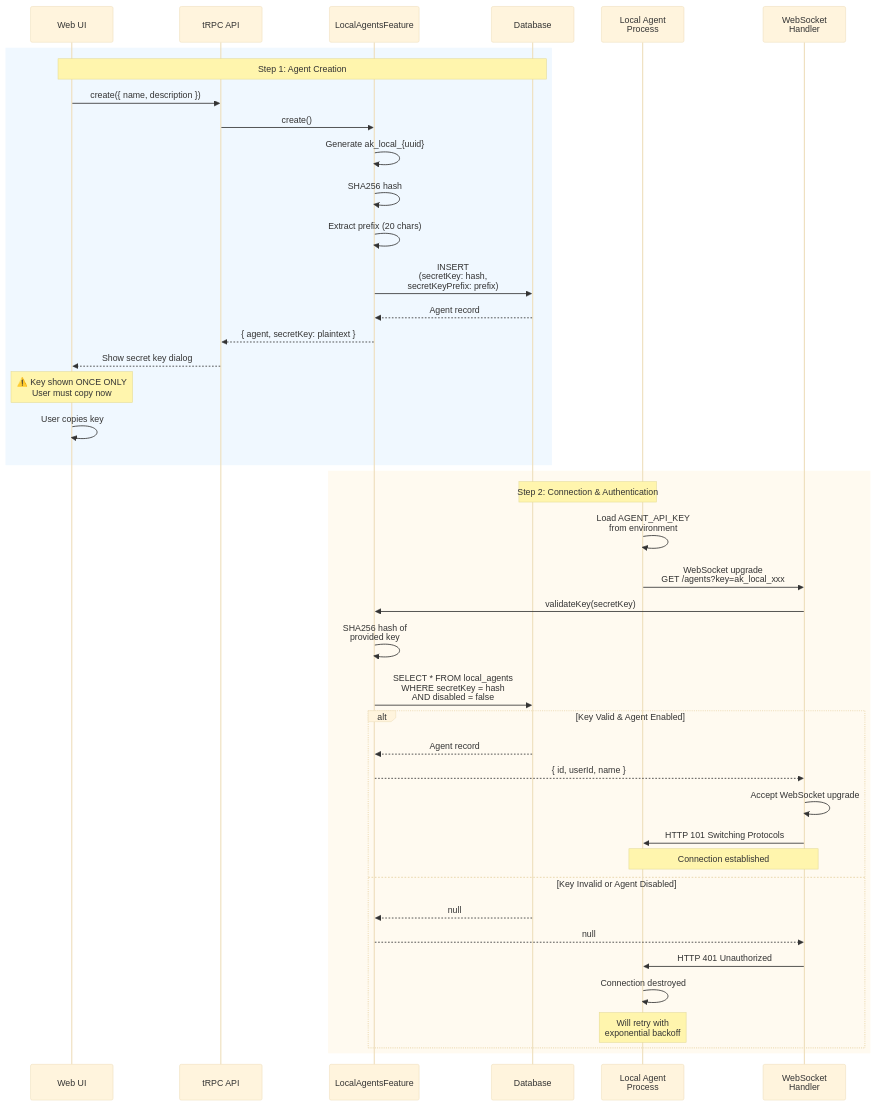
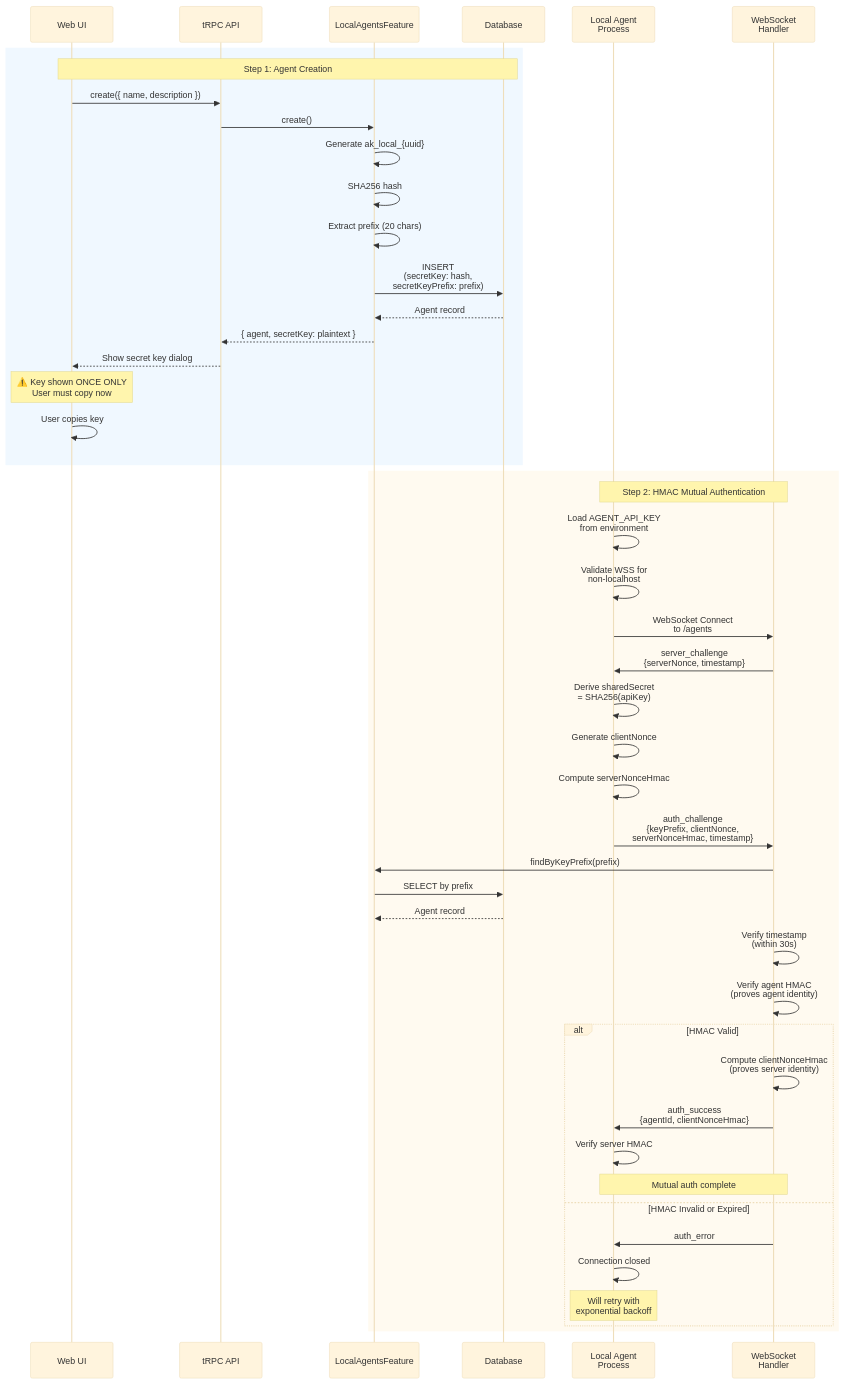
Before and after one commit to flooper68/agent-kit: the fourth of 7 diagrams in docs/local-agents.md, drawn with Mermaid (base theme). The commit also changed other lines of this file and 3 other files, not shown here.

First line of the commit message:
docs: update documentation for HMAC mutual authentication

````diff
--- a/docs/local-agents.md
+++ b/docs/local-agents.md
@@ -280,47 +285,56 @@
 ```mermaid
 sequenceDiagram
     participant UI as Web UI
     participant API as tRPC API
     participant Feature as LocalAgentsFeature
     participant DB as Database
     participant Agent as Local Agent<br/>Process
     participant WSH as WebSocket<br/>Handler
 
     rect rgb(240, 248, 255)
         Note over UI,DB: Step 1: Agent Creation
         UI->>API: create({ name, description })
         API->>Feature: create()
         Feature->>Feature: Generate ak_local_{uuid}
         Feature->>Feature: SHA256 hash
         Feature->>Feature: Extract prefix (20 chars)
         Feature->>DB: INSERT<br/>(secretKey: hash,<br/>secretKeyPrefix: prefix)
         DB-->>Feature: Agent record
         Feature-->>API: { agent, secretKey: plaintext }
         API-->>UI: Show secret key dialog
         Note over UI: ⚠️ Key shown ONCE ONLY<br/>User must copy now
         UI->>UI: User copies key
     end
 
     rect rgb(255, 250, 240)
-        Note over Agent,DB: Step 2: Connection & Authentication
+        Note over Agent,WSH: Step 2: HMAC Mutual Authentication
         Agent->>Agent: Load AGENT_API_KEY<br/>from environment
-        Agent->>WSH: WebSocket upgrade<br/>GET /agents?key=ak_local_xxx
-        WSH->>Feature: validateKey(secretKey)
-        Feature->>Feature: SHA256 hash of<br/>provided key
-        Feature->>DB: SELECT * FROM local_agents<br/>WHERE secretKey = hash<br/>AND disabled = false
+        Agent->>Agent: Validate WSS for<br/>non-localhost
+        Agent->>WSH: WebSocket Connect<br/>to /agents
 
-        alt Key Valid & Agent Enabled
-            DB-->>Feature: Agent record
-            Feature-->>WSH: { id, userId, name }
-            WSH->>WSH: Accept WebSocket upgrade
-            WSH->>Agent: HTTP 101 Switching Protocols
-            Note over Agent,WSH: Connection established
-        else Key Invalid or Agent Disabled
-            DB-->>Feature: null
-            Feature-->>WSH: null
-            WSH->>Agent: HTTP 401 Unauthorized
-            Agent->>Agent: Connection destroyed
+        WSH->>Agent: server_challenge<br/>{serverNonce, timestamp}
+
+        Agent->>Agent: Derive sharedSecret<br/>= SHA256(apiKey)
+        Agent->>Agent: Generate clientNonce
+        Agent->>Agent: Compute serverNonceHmac
+        Agent->>WSH: auth_challenge<br/>{keyPrefix, clientNonce,<br/>serverNonceHmac, timestamp}
+
+        WSH->>Feature: findByKeyPrefix(prefix)
+        Feature->>DB: SELECT by prefix
+        DB-->>Feature: Agent record
+
+        WSH->>WSH: Verify timestamp<br/>(within 30s)
+        WSH->>WSH: Verify agent HMAC<br/>(proves agent identity)
+
+        alt HMAC Valid
+            WSH->>WSH: Compute clientNonceHmac<br/>(proves server identity)
+            WSH->>Agent: auth_success<br/>{agentId, clientNonceHmac}
+            Agent->>Agent: Verify server HMAC
+            Note over Agent,WSH: Mutual auth complete
+        else HMAC Invalid or Expired
+            WSH->>Agent: auth_error
+            Agent->>Agent: Connection closed
             Note over Agent: Will retry with<br/>exponential backoff
         end
     end
 ```
````
